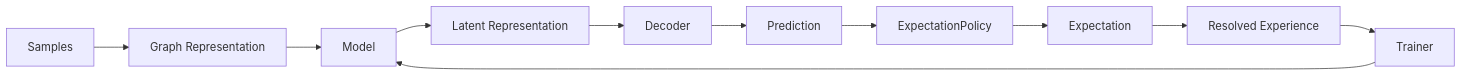
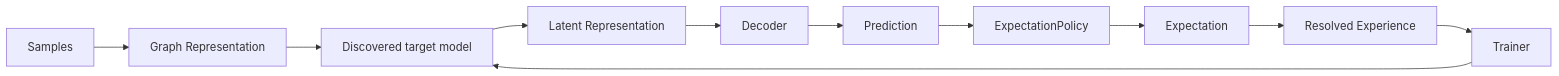
One commit to skasti/skyn-vaettr changed the fifth of 5 diagrams in docs/expectations.md. Above: the diagram before and after it, drawn with Mermaid. The commit also changed other lines of this file, not shown here.

Commit message:
Document dynamic prediction target discovery

````diff
--- a/docs/expectations.md
+++ b/docs/expectations.md
@@ -130,14 +148,14 @@
 ```mermaid
 flowchart LR
     S[Samples]
     --> R1[Graph Representation]
-    --> M[Model]
+    --> M[Discovered target model]
     --> R2[Latent Representation]
     --> D[Decoder]
     --> P[Prediction]
     --> EP[ExpectationPolicy]
     --> E[Expectation]
     --> X[Resolved Experience]
     --> T[Trainer]
     --> M
 ```
````
